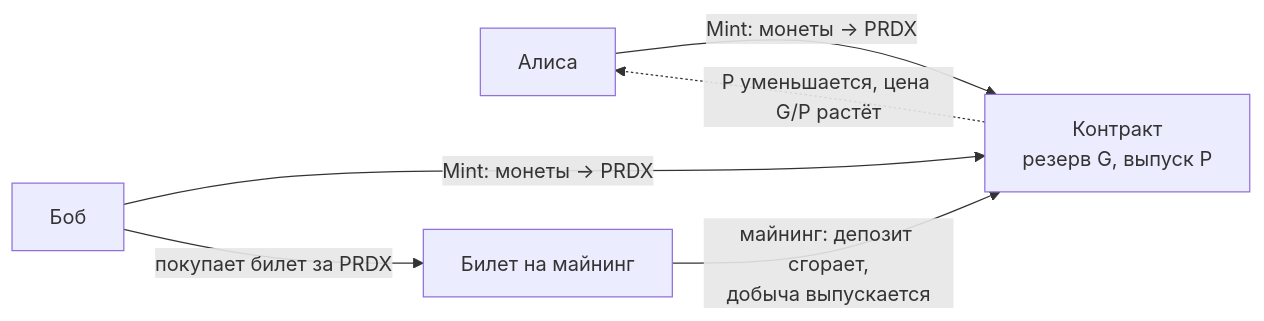
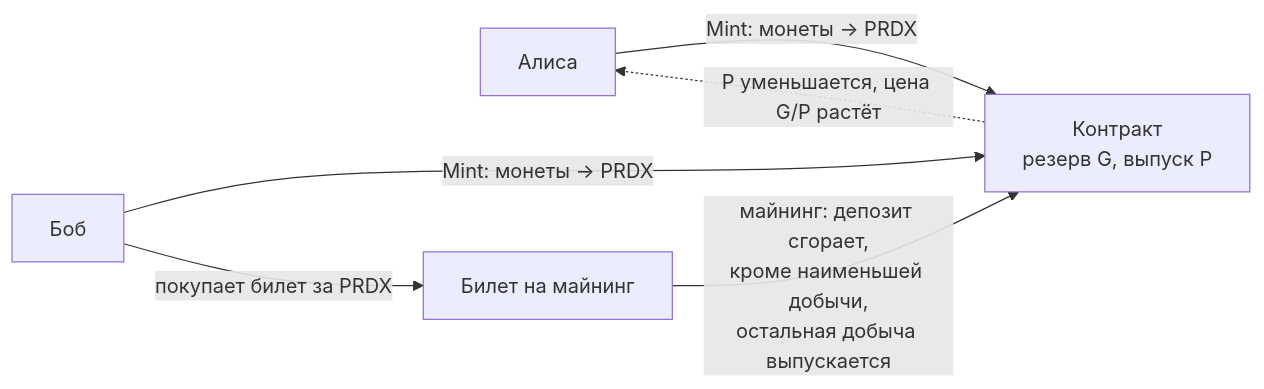
Before and after one commit to prdx-admin/prdx-docs: the first of 4 diagrams in ru/docs.md, drawn with Mermaid. The commit also changed other lines of this file and 1 other file, not shown here.

````diff
--- a/ru/docs.md
+++ b/ru/docs.md
@@ -90,8 +90,8 @@
 ```mermaid
 flowchart LR
     A["Алиса"] -->|"Mint: монеты → PRDX"| C["Контракт<br/>резерв G, выпуск P"]
     B["Боб"] -->|"Mint: монеты → PRDX"| C
     B -->|"покупает билет за PRDX"| T["Билет на майнинг"]
-    T -->|"майнинг: депозит сгорает,<br/>добыча выпускается"| C
+    T -->|"майнинг: депозит сгорает,<br/>кроме наименьшей добычи,<br/>остальная добыча выпускается"| C
     C -.->|"P уменьшается, цена G/P растёт"| A
 ```
````
